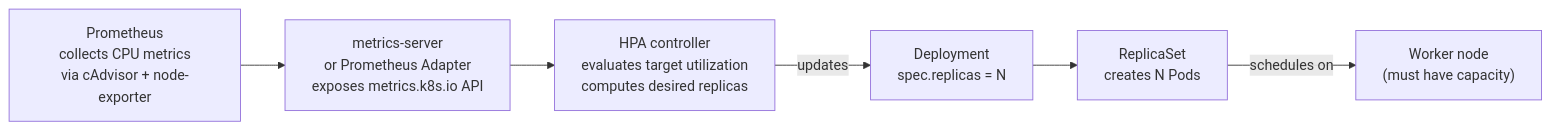
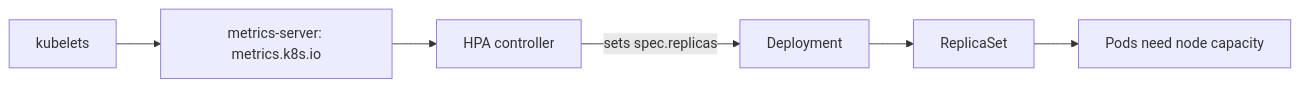
Before and after one commit to darshan-raul/apollo11-docs: the first of 2 diagrams in docs/learn/scaling/hpa.md, drawn with Mermaid. The commit also changed other lines of this file and 55 other files, not shown here.

````diff
--- a/docs/learn/scaling/hpa.md
+++ b/docs/learn/scaling/hpa.md
@@ -18,8 +14,5 @@
-~~~mermaid
+```mermaid
 flowchart LR
-  Prom["Prometheus\ncollects CPU metrics\nvia cAdvisor + node-exporter"] --> MetricsAPI["metrics-server\nor Prometheus Adapter\nexposes metrics.k8s.io API"]
-  MetricsAPI --> HPA["HPA controller\nevaluates target utilization\ncomputes desired replicas"]
-  HPA -->|updates| Dep["Deployment\nspec.replicas = N"]
-  Dep --> RS["ReplicaSet\ncreates N Pods"]
-  RS -->|schedules on| Node["Worker node\n(must have capacity)"]
-~~~
+  K[kubelets] --> MS[metrics-server: metrics.k8s.io] --> H[HPA controller]
+  H -->|sets spec.replicas| D[Deployment] --> RS[ReplicaSet] --> N[Pods need node capacity]
+```
````
